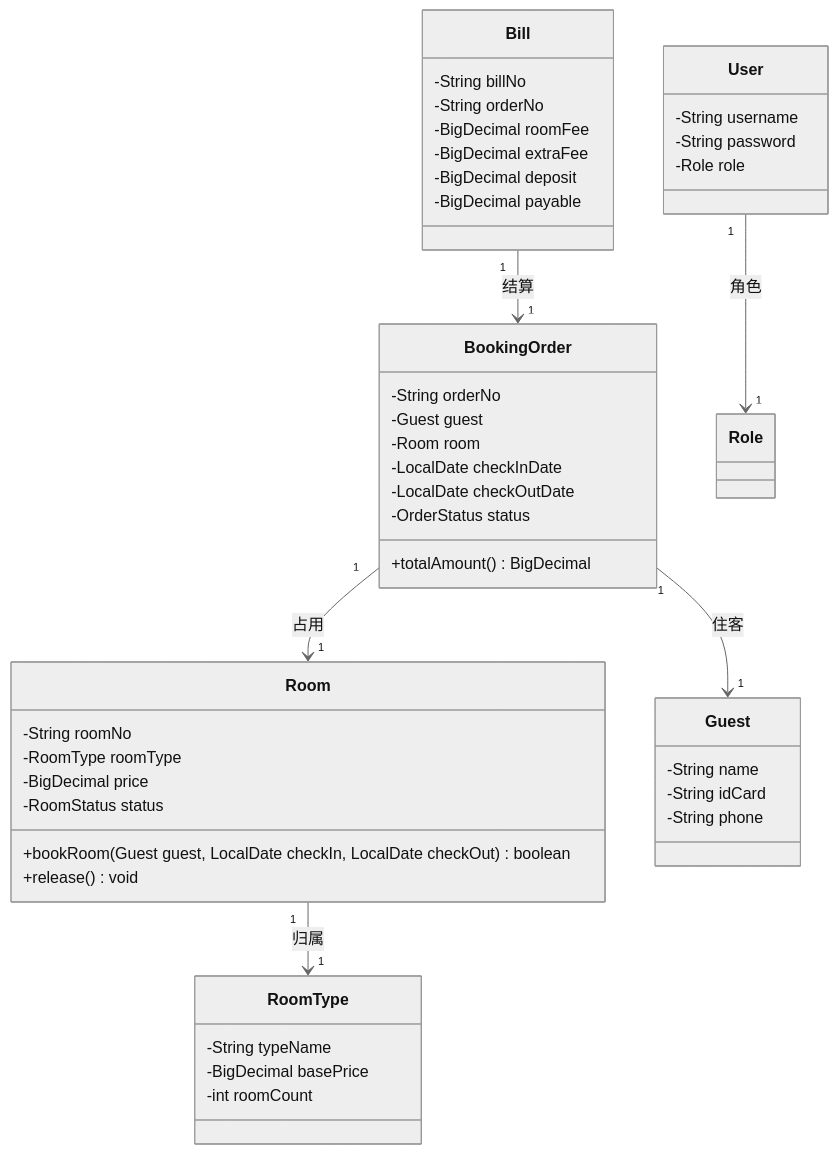
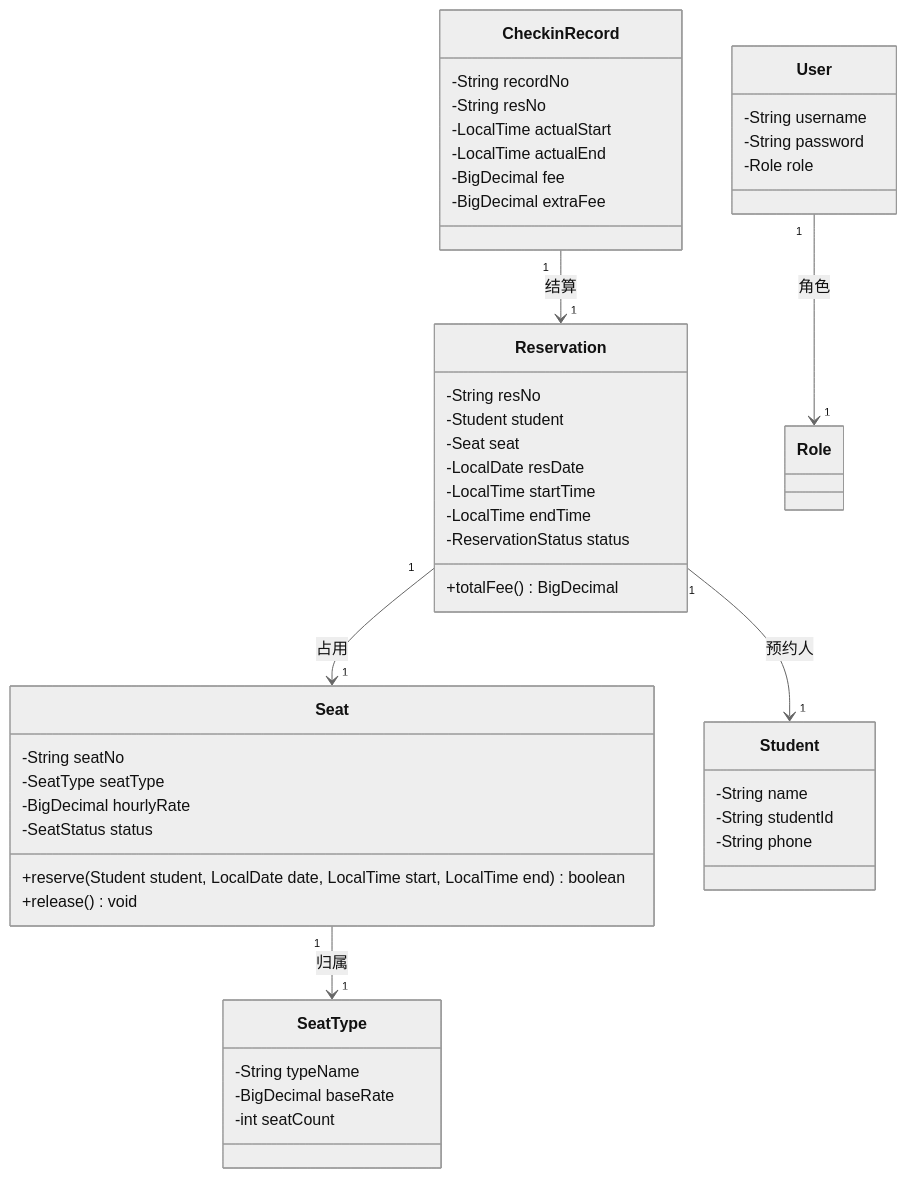
Before and after one commit to STU-team/Study_Room_Reservation: the diagram in docs/contract/接口契约.md, drawn with Mermaid (neutral theme). The commit also changed other lines of this file and 16 other files, not shown here.

````diff
--- a/docs/contract/接口契约.md
+++ b/docs/contract/接口契约.md
@@ -60,48 +60,49 @@
 ```mermaid
 classDiagram
-    class Room {
-        -String roomNo
-        -RoomType roomType
-        -BigDecimal price
-        -RoomStatus status
-        +bookRoom(Guest guest, LocalDate checkIn, LocalDate checkOut) boolean
+    class Seat {
+        -String seatNo
+        -SeatType seatType
+        -BigDecimal hourlyRate
+        -SeatStatus status
+        +reserve(Student student, LocalDate date, LocalTime start, LocalTime end) boolean
         +release() void
     }
-    class RoomType {
+    class SeatType {
         -String typeName
-        -BigDecimal basePrice
-        -int roomCount
+        -BigDecimal baseRate
+        -int seatCount
     }
-    class Guest {
+    class Student {
         -String name
-        -String idCard
+        -String studentId
         -String phone
     }
-    class BookingOrder {
-        -String orderNo
-        -Guest guest
-        -Room room
-        -LocalDate checkInDate
-        -LocalDate checkOutDate
-        -OrderStatus status
-        +totalAmount() BigDecimal
+    class Reservation {
+        -String resNo
+        -Student student
+        -Seat seat
+        -LocalDate resDate
+        -LocalTime startTime
+        -LocalTime endTime
+        -ReservationStatus status
+        +totalFee() BigDecimal
     }
-    class Bill {
-        -String billNo
-        -String orderNo
-        -BigDecimal roomFee
+    class CheckinRecord {
+        -String recordNo
+        -String resNo
+        -LocalTime actualStart
+        -LocalTime actualEnd
+        -BigDecimal fee
         -BigDecimal extraFee
-        -BigDecimal deposit
-        -BigDecimal payable
     }
     class User {
         -String username
         -String password
         -Role role
     }
-    Room "1" --> "1" RoomType : 归属
+    Seat "1" --> "1" SeatType : 归属
     User "1" --> "1" Role : 角色
-    BookingOrder "1" --> "1" Room : 占用
-    BookingOrder "1" --> "1" Guest : 住客
-    Bill "1" --> "1" BookingOrder : 结算
+    Reservation "1" --> "1" Seat : 占用
+    Reservation "1" --> "1" Student : 预约人
+    CheckinRecord "1" --> "1" Reservation : 结算
 ```
````
